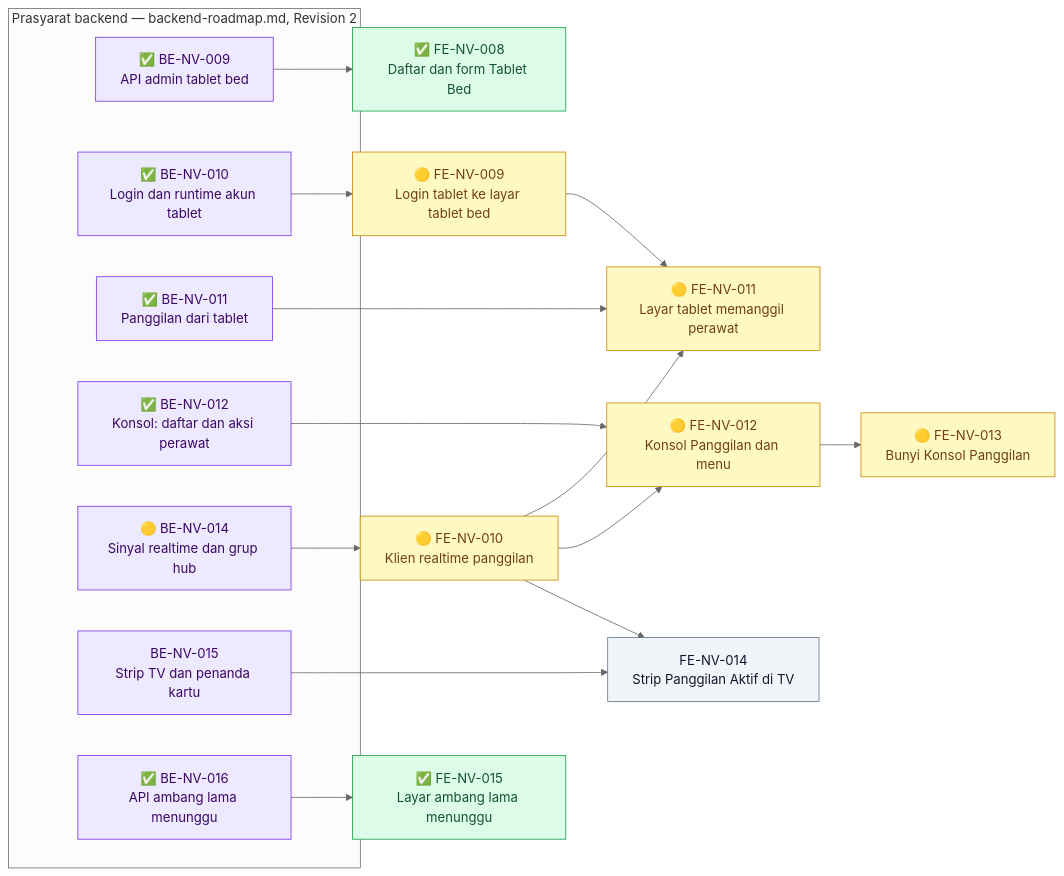
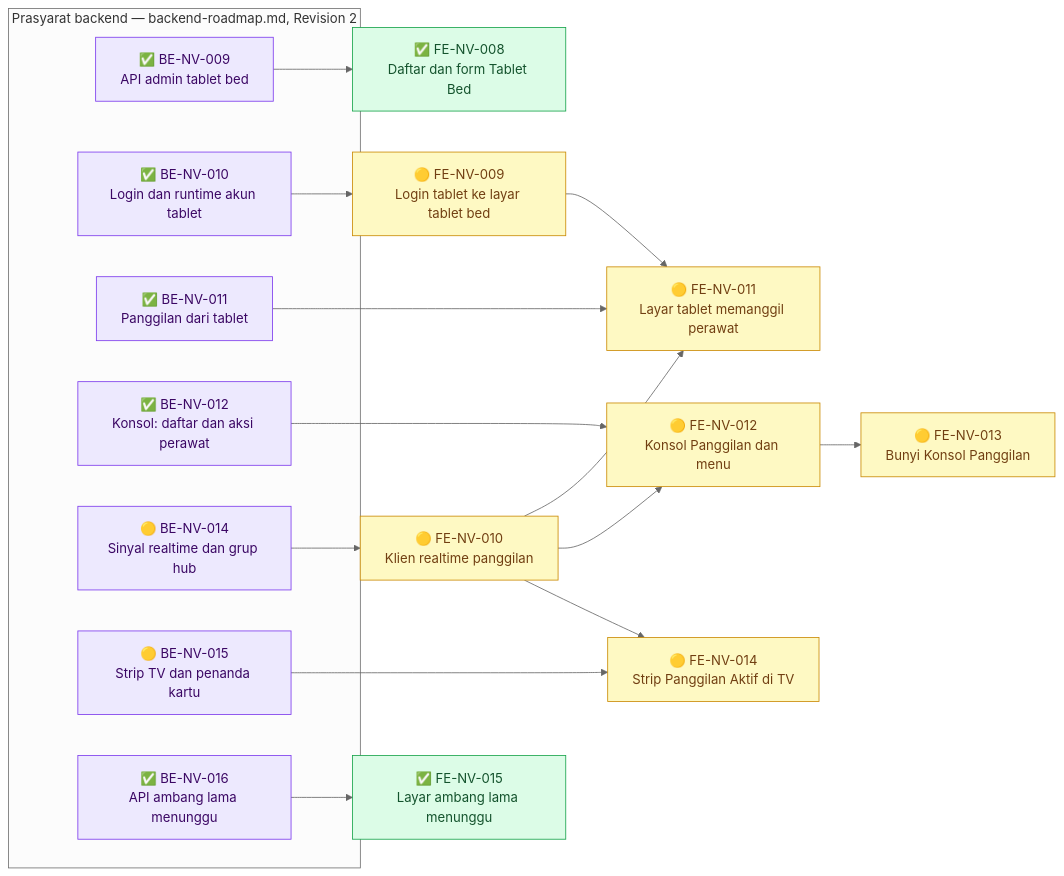
The second of 2 diagrams in docs/module-blueprints/nurse-view/roadmap/frontend-roadmap.md (DevBenari/NewQuilvianSystemBackend), drawn with Mermaid (neutral theme) before and after one commit. The commit also changed other lines of this file and 9 other files, not shown here.

````diff
--- a/docs/module-blueprints/nurse-view/roadmap/frontend-roadmap.md
+++ b/docs/module-blueprints/nurse-view/roadmap/frontend-roadmap.md
@@ -192,40 +192,40 @@
 ```mermaid
 flowchart LR
     classDef selesai fill:#DCFCE7,stroke:#16A34A,color:#14532D
     classDef sebagian fill:#FEF9C3,stroke:#CA8A04,color:#713F12
     classDef terblokir fill:#FEE2E2,stroke:#DC2626,color:#7F1D1D
     classDef belum fill:#F1F5F9,stroke:#64748B,color:#0F172A
     classDef luar fill:#EDE9FE,stroke:#7C3AED,color:#3B0764
 
     subgraph backend["Prasyarat backend — backend-roadmap.md, Revision 2"]
         BENV009["✅ BE-NV-009<br/>API admin tablet bed"]:::luar
         BENV010["✅ BE-NV-010<br/>Login dan runtime akun tablet"]:::luar
         BENV011["✅ BE-NV-011<br/>Panggilan dari tablet"]:::luar
         BENV012["✅ BE-NV-012<br/>Konsol: daftar dan aksi perawat"]:::luar
         BENV014["🟡 BE-NV-014<br/>Sinyal realtime dan grup hub"]:::luar
-        BENV015["BE-NV-015<br/>Strip TV dan penanda kartu"]:::luar
+        BENV015["🟡 BE-NV-015<br/>Strip TV dan penanda kartu"]:::luar
         BENV016["✅ BE-NV-016<br/>API ambang lama menunggu"]:::luar
     end
 
     FENV008["✅ FE-NV-008<br/>Daftar dan form Tablet Bed"]:::selesai
     FENV009["🟡 FE-NV-009<br/>Login tablet ke layar tablet bed"]:::sebagian
     FENV010["🟡 FE-NV-010<br/>Klien realtime panggilan"]:::sebagian
     FENV011["🟡 FE-NV-011<br/>Layar tablet memanggil perawat"]:::sebagian
     FENV012["🟡 FE-NV-012<br/>Konsol Panggilan dan menu"]:::sebagian
     FENV013["🟡 FE-NV-013<br/>Bunyi Konsol Panggilan"]:::sebagian
-    FENV014["FE-NV-014<br/>Strip Panggilan Aktif di TV"]:::belum
+    FENV014["🟡 FE-NV-014<br/>Strip Panggilan Aktif di TV"]:::sebagian
     FENV015["✅ FE-NV-015<br/>Layar ambang lama menunggu"]:::selesai
 
     BENV009 --> FENV008
     BENV010 --> FENV009
     BENV014 --> FENV010
     BENV011 --> FENV011
     FENV009 --> FENV011
     FENV010 --> FENV011
     BENV012 --> FENV012
     FENV010 --> FENV012
     FENV012 --> FENV013
     BENV015 --> FENV014
     FENV010 --> FENV014
     BENV016 --> FENV015
 ```
````
